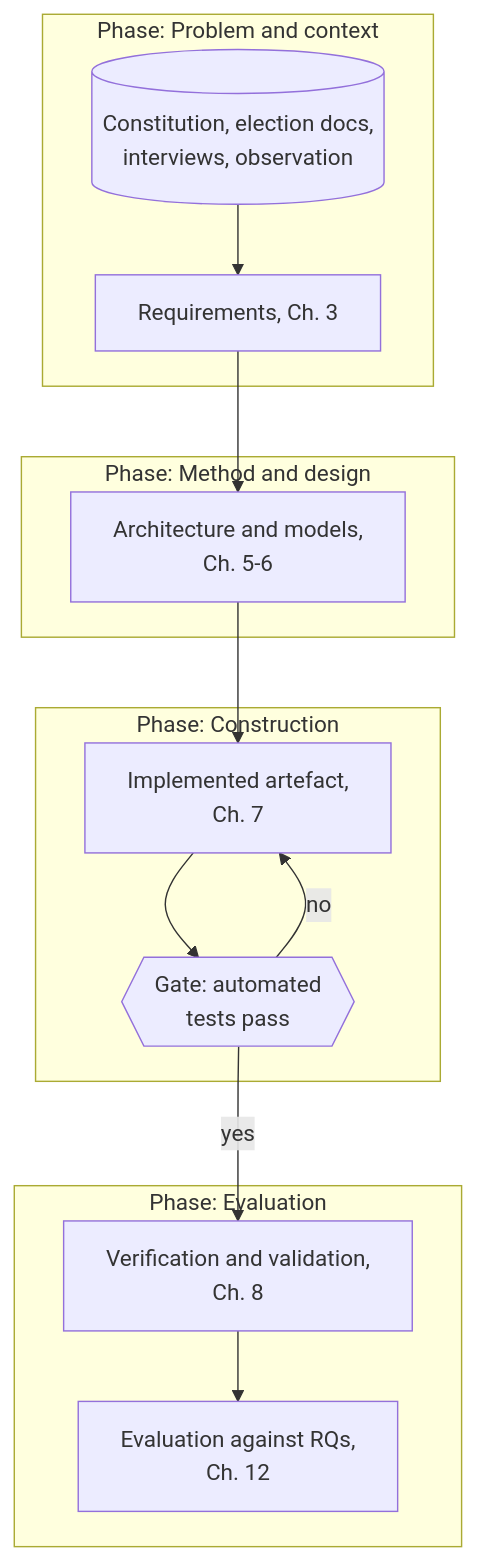
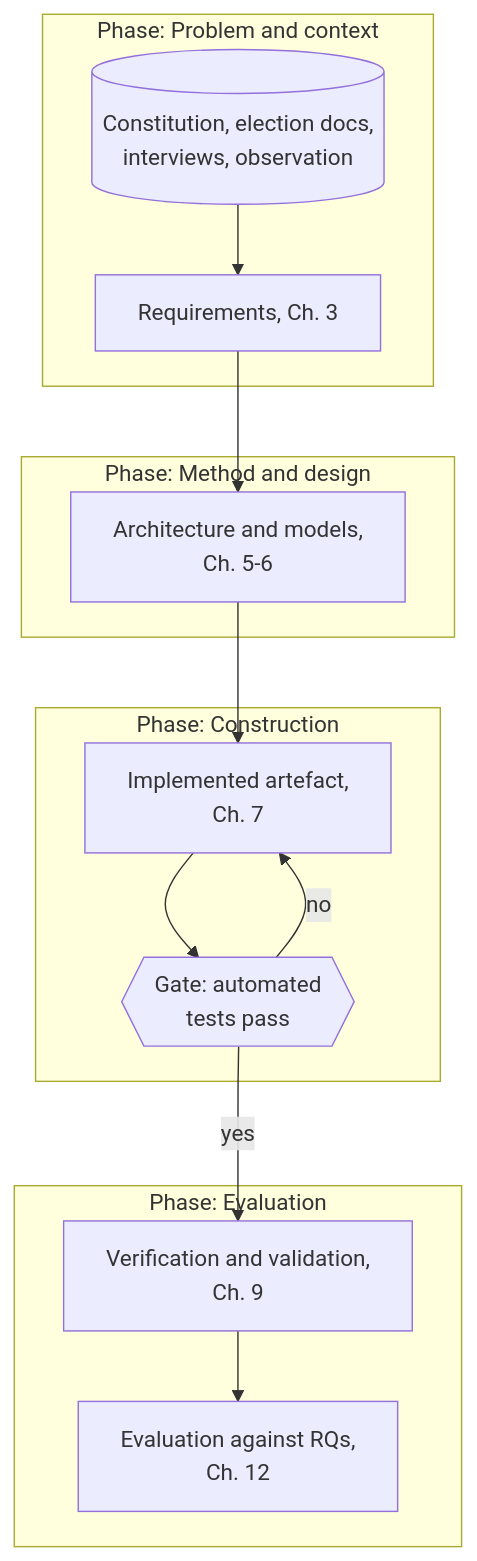
The third of 5 diagrams in docs/book/04-methodology.md (shalin-rahman/GHCAA), drawn with Mermaid before and after one commit. The commit also changed other lines of this file and 10 other files, not shown here.

````diff
--- a/docs/book/04-methodology.md
+++ b/docs/book/04-methodology.md
@@ -345,18 +439,18 @@
 ```mermaid
 flowchart TB
     subgraph P1["Phase: Problem and context"]
       I1[(Constitution, election docs,<br/>interviews, observation)] --> O1[Requirements, Ch. 3]
     end
     subgraph P2["Phase: Method and design"]
       O1 --> O2[Architecture and models,<br/>Ch. 5-6]
     end
     subgraph P3["Phase: Construction"]
       O2 --> O3[Implemented artefact,<br/>Ch. 7]
       O3 --> V1{{Gate: automated<br/>tests pass}}
       V1 -->|no| O3
     end
     subgraph P4["Phase: Evaluation"]
-      V1 -->|yes| O4[Verification and validation,<br/>Ch. 8]
+      V1 -->|yes| O4[Verification and validation,<br/>Ch. 9]
       O4 --> O5[Evaluation against RQs,<br/>Ch. 12]
     end
 ```
````
